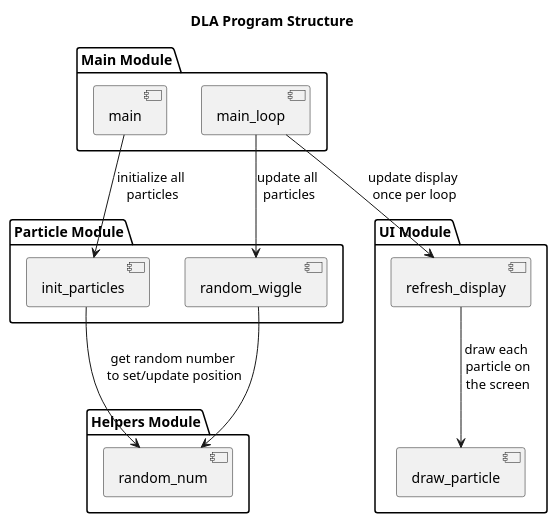
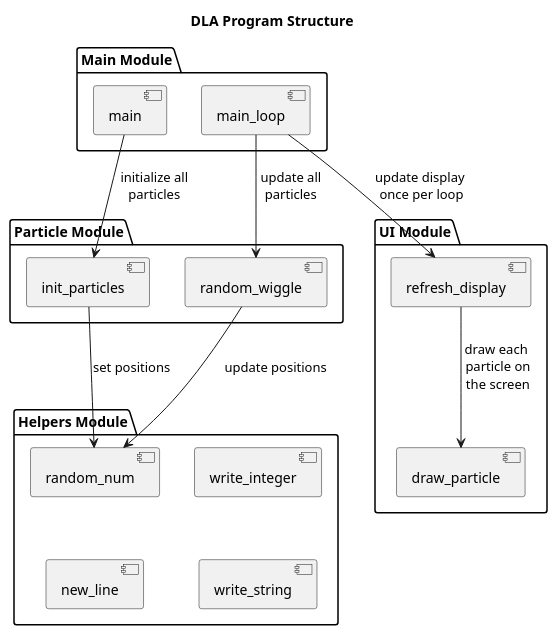
Before and after one commit to travisformayor/assembly_dla: the diagram in diagrams/structure.puml, drawn with PlantUML. The commit also changed 2 other files, not shown here.

```diff
--- a/diagrams/structure.puml
+++ b/diagrams/structure.puml
@@ -1,39 +1,45 @@
 @startuml Structure
 
 title "DLA Program Structure"
 
 together {
   package "Main Module" {
     [main_loop]
     [main]
   }
   
   package "Particle Module" {
     [init_particles]
     [random_wiggle]
   }
   
   package "Helpers Module" {
-    '[console_log]
-    [random_num]
+      [write_integer]
+      [write_string]
+      [random_num]
+      [new_line]
   }
 }
 
 package "UI Module" {
   [refresh_display]
   [draw_particle]
 }
 
 ' Main Connections
-main --> init_particles : initialize all\n particles
-main_loop --> random_wiggle : update all\n particles
-main_loop --> refresh_display : update display\n once per loop
+main --> init_particles : " initialize all\n particles"
+main_loop --> random_wiggle : " update all\n particles"
+main_loop --> refresh_display : "update display\n once per loop"
 
 ' Particle Connections
-init_particles --> random_num : " get random number\n  to set/update position"
-random_wiggle --> random_num
+init_particles --> random_num : "set positions"
+random_wiggle --> random_num : " update positions"
 
 ' UI Connections
-refresh_display --> draw_particle : draw each\n particle on\n the screen
+refresh_display --> draw_particle : "draw each\n particle on\n the screen"
+
+' Helpers Connections
+write_integer -[Hidden]- write_string
+random_num -[Hidden]- new_line
 
 @enduml
```
